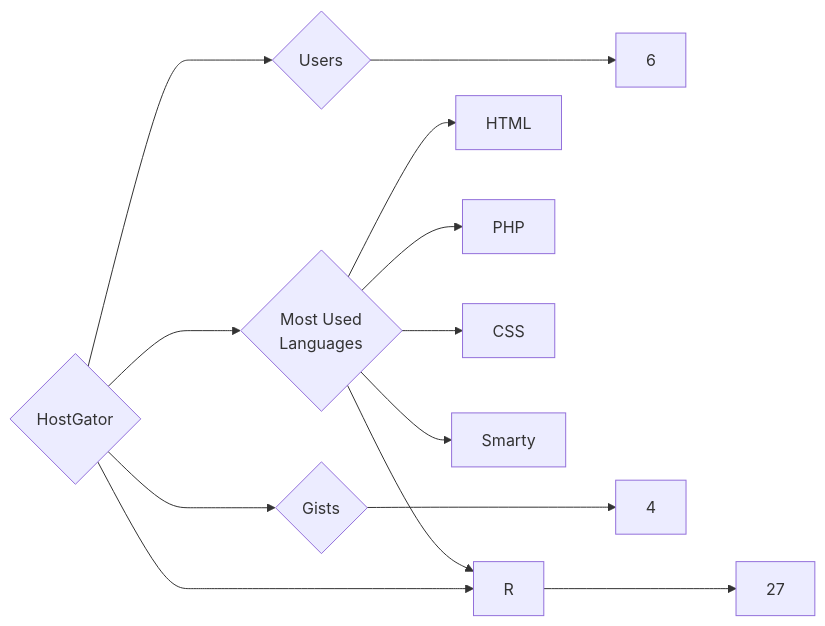
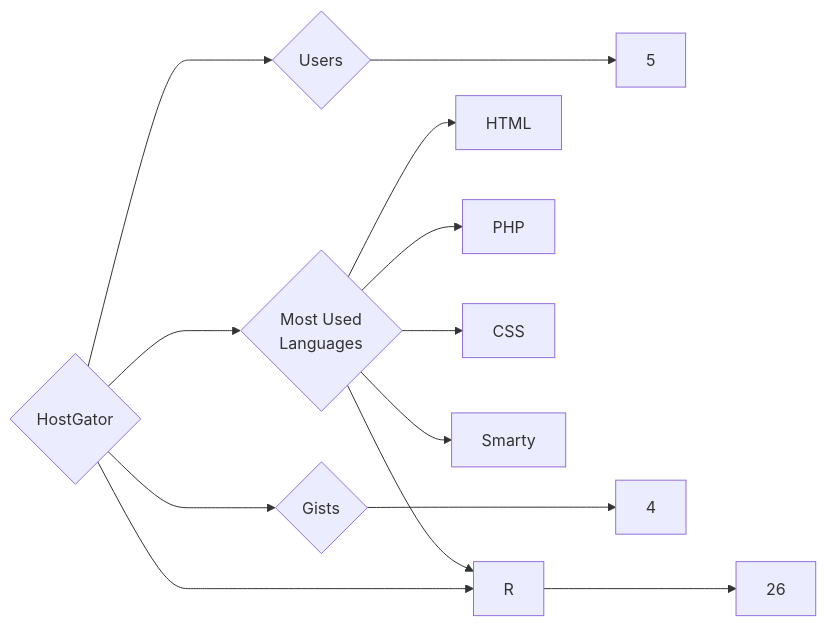
Before and after one commit to trickest/insiders: the diagram in targets/HostGator/README.md, drawn with Mermaid. The commit also changed 873 other files, not shown here.

````diff
--- a/targets/HostGator/README.md
+++ b/targets/HostGator/README.md
@@ -3,13 +3,13 @@
 ```mermaid
 graph LR
 COMPANY_NAME{HostGator}
-COMPANY_NAME ---> U{Users} ---> UN[6]
-COMPANY_NAME ---> R{Repositories} ---> RN[27]
+COMPANY_NAME ---> U{Users} ---> UN[5]
+COMPANY_NAME ---> R{Repositories} ---> RN[26]
 COMPANY_NAME ---> G{Gists} ---> GN[4]
 COMPANY_NAME ---> ML{Most Used<br>Languages}
 ML --> HTML[HTML]
 ML --> R[R]
 ML --> PHP[PHP]
 ML --> CSS[CSS]
 ML --> Smarty[Smarty]
 ```
````
